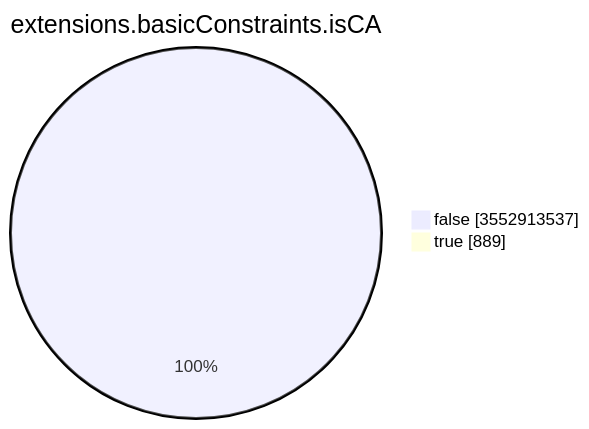
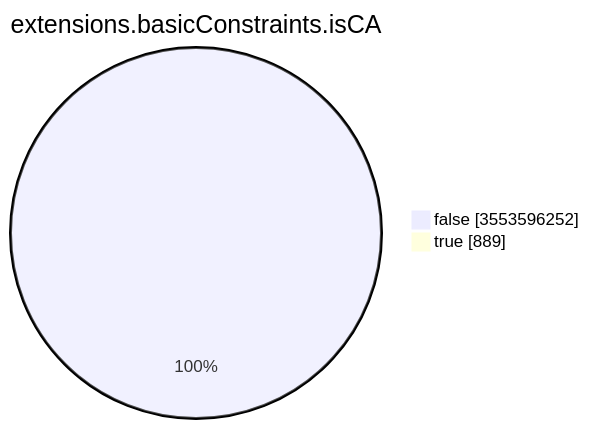
One commit to christiankrug/ctmonitor_visualization changed the seventh of 15 diagrams in TOTAL/README.md. Above: the diagram before and after it, drawn with Mermaid. The commit also changed other lines of this file, not shown here.

````diff
--- a/TOTAL/README.md
+++ b/TOTAL/README.md
@@ -3094,6 +3094,6 @@
 ```mermaid
 pie showData
 title extensions.basicConstraints.isCA
-"false" :3552913537
+"false" :3553596252
 "true" :889
 ```
````
